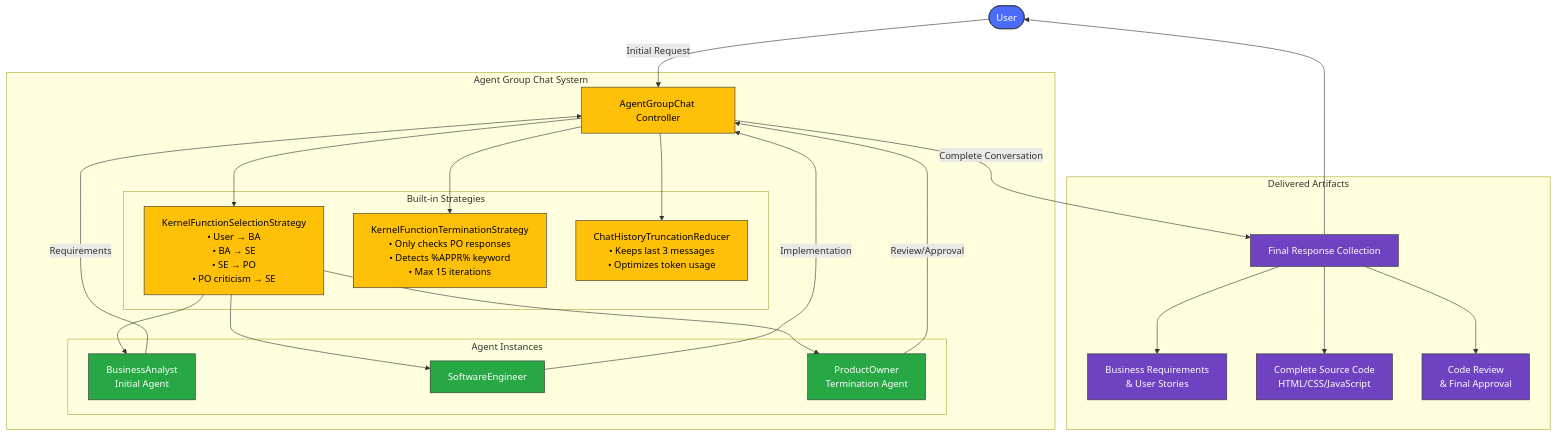
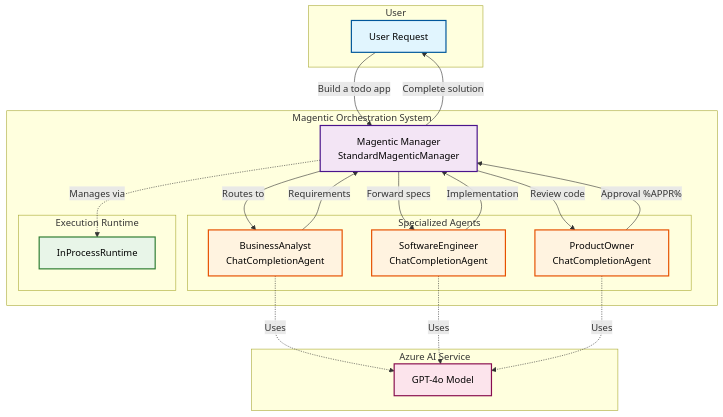
One commit to microsoft/ai-developer changed the first of 2 diagrams in Python/challenges/Challenge-08.md. Above: the diagram before and after it, drawn with Mermaid. The commit also changed other lines of this file and 3 other files, not shown here.

````diff
--- a/Python/challenges/Challenge-08.md
+++ b/Python/challenges/Challenge-08.md
@@ -198,52 +241,50 @@
 ```mermaid
 flowchart TB
-    classDef userClass fill:#4B6BFD,stroke:#333,stroke-width:1px,color:white
-    classDef agentClass fill:#28A745,stroke:#333,stroke-width:1px,color:white
-    classDef strategyClass fill:#FFC107,stroke:#333,stroke-width:1px,color:black
-    classDef dataClass fill:#6F42C1,stroke:#333,stroke-width:1px,color:white
-
-    User([User]):::userClass
-    User --> |Initial Request|GroupChat
+    subgraph User
+        A[User Request]
+    end
     
-    subgraph AgentGroupChat[Agent Group Chat System]
-        GroupChat[AgentGroupChat Controller]:::strategyClass
+    subgraph MagenticOrchestration["Magentic Orchestration System"]
+        M[Magentic Manager<br/>StandardMagenticManager]
         
-        subgraph Agents[Agent Instances]
-            BA[BusinessAnalyst<br/>Initial Agent]:::agentClass
-            SE[SoftwareEngineer]:::agentClass
-            PO[ProductOwner<br/>Termination Agent]:::agentClass
+        subgraph Agents["Specialized Agents"]
+            BA[BusinessAnalyst<br/>ChatCompletionAgent]
+            SE[SoftwareEngineer<br/>ChatCompletionAgent]
+            PO[ProductOwner<br/>ChatCompletionAgent]
         end
         
-        subgraph Strategies[Built-in Strategies]
-            SelectionStrategy[KernelFunctionSelectionStrategy<br/>• User → BA<br/>• BA → SE<br/>• SE → PO<br/>• PO criticism → SE]:::strategyClass
-            TerminationStrategy[KernelFunctionTerminationStrategy<br/>• Only checks PO responses<br/>• Detects %APPR% keyword<br/>• Max 15 iterations]:::strategyClass
-            HistoryReducer[ChatHistoryTruncationReducer<br/>• Keeps last 3 messages<br/>• Optimizes token usage]:::strategyClass
+        subgraph Runtime["Execution Runtime"]
+            R[InProcessRuntime]
         end
-        
-        GroupChat --> SelectionStrategy
-        GroupChat --> TerminationStrategy
-        GroupChat --> HistoryReducer
-        
-        SelectionStrategy --> BA
-        SelectionStrategy --> SE
-        SelectionStrategy --> PO
-        
-        BA --> |Requirements|GroupChat
-        SE --> |Implementation|GroupChat
-        PO --> |Review/Approval|GroupChat
     end
     
-    GroupChat --> |Complete Conversation|Results
-    Results[Final Response Collection]:::dataClass
-    Results --> User
+    subgraph AzureAI["Azure AI Service"]
+        AI[GPT-4o Model]
+    end
     
-    subgraph Outputs[Delivered Artifacts]
-        Requirements[Business Requirements<br/>& User Stories]:::dataClass
-        Code[Complete Source Code<br/>HTML/CSS/JavaScript]:::dataClass
-        Review[Code Review<br/>& Final Approval]:::dataClass
-        
-        Results --> Requirements
-        Results --> Code
-        Results --> Review
-    end
+    A -->|"Build a todo app"| M
+    M -->|Routes to| BA
+    BA -->|Requirements| M
+    M -->|Forward specs| SE
+    SE -->|Implementation| M
+    M -->|Review code| PO
+    PO -->|Approval %APPR%| M
+    M -->|Complete solution| A
+    
+    BA -.->|Uses| AI
+    SE -.->|Uses| AI
+    PO -.->|Uses| AI
+    M -.->|Manages via| R
+    
+    classDef userClass fill:#e1f5fe,stroke:#01579b,stroke-width:2px,color:#000
+    classDef managerClass fill:#f3e5f5,stroke:#4a148c,stroke-width:2px,color:#000
+    classDef agentClass fill:#fff3e0,stroke:#e65100,stroke-width:2px,color:#000
+    classDef runtimeClass fill:#e8f5e8,stroke:#2e7d32,stroke-width:2px,color:#000
+    classDef aiClass fill:#fce4ec,stroke:#880e4f,stroke-width:2px,color:#000
+    
+    class A userClass
+    class M managerClass
+    class BA,SE,PO agentClass
+    class R runtimeClass
+    class AI aiClass
 ```
````
